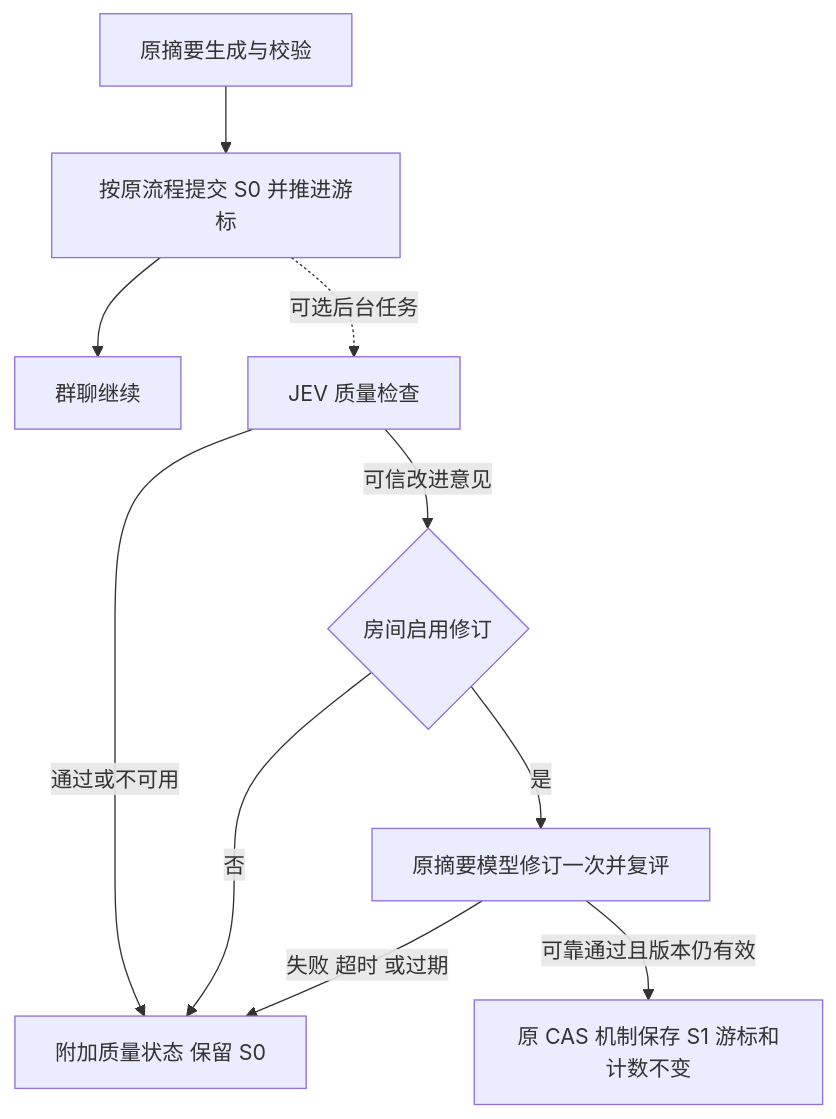
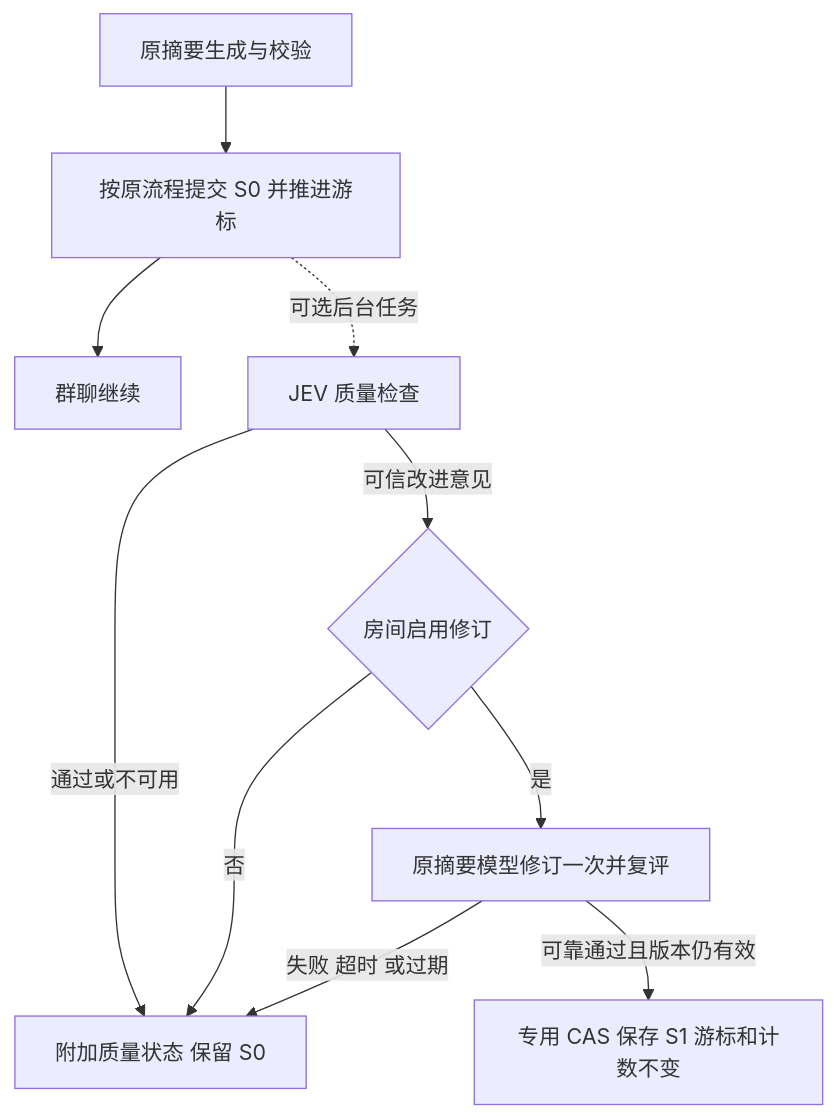
One commit to CloudEngineHub/hermes-web-ui changed the diagram in docs/planning/jev-group-chat-workflow.md. Above: the diagram before and after it, drawn with Mermaid. The commit also changed other lines of this file, not shown here.

````diff
--- a/docs/planning/jev-group-chat-workflow.md
+++ b/docs/planning/jev-group-chat-workflow.md
@@ -118,12 +153,12 @@
 ```mermaid
 flowchart TD
   A[原摘要生成与校验] --> B[按原流程提交 S0 并推进游标]
   B --> C[群聊继续]
   B -. 可选后台任务 .-> D[JEV 质量检查]
   D -->|通过或不可用| E[附加质量状态 保留 S0]
   D -->|可信改进意见| F{房间启用修订}
   F -->|否| E
   F -->|是| G[原摘要模型修订一次并复评]
-  G -->|可靠通过且版本仍有效| H[原 CAS 机制保存 S1 游标和计数不变]
+  G -->|可靠通过且版本仍有效| H[专用 CAS 保存 S1 游标和计数不变]
   G -->|失败 超时 或过期| E
 ```
````
